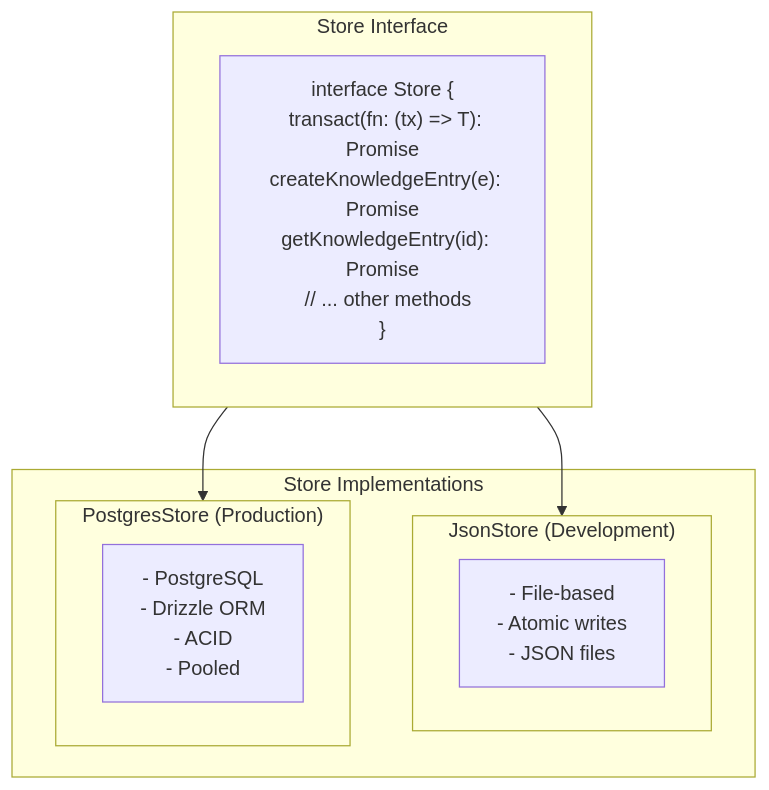
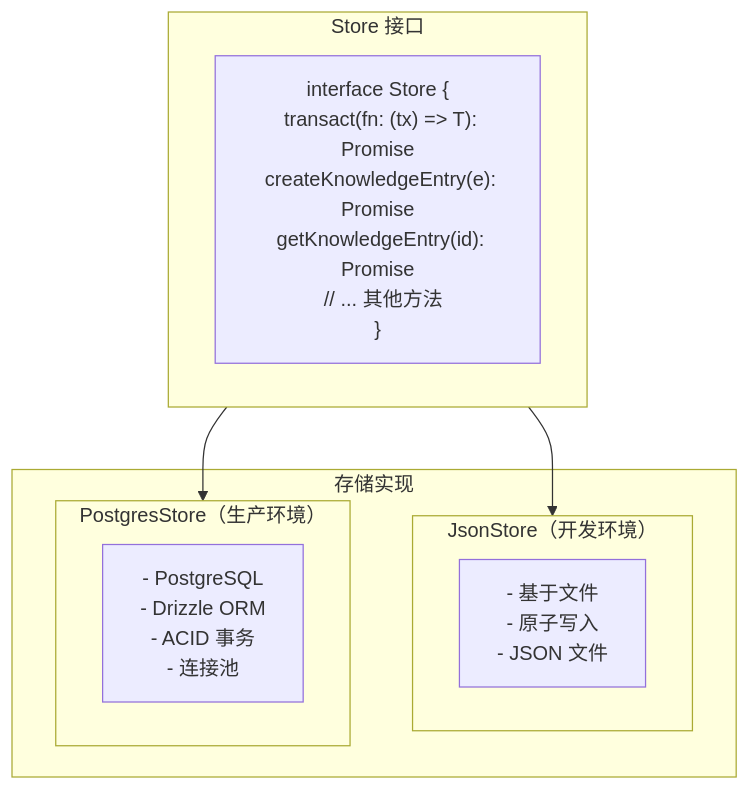
One commit to pofossette/TrapMap-for-vibing changed the first of 4 diagrams in docs/architecture/components/PERSISTENCE.md. Above: the diagram before and after it, drawn with Mermaid. The commit also changed other lines of this file and 31 other files, not shown here.

````diff
--- a/docs/architecture/components/PERSISTENCE.md
+++ b/docs/architecture/components/PERSISTENCE.md
@@ -9,19 +9,19 @@
 ```mermaid
 flowchart TB
-    subgraph Interface["Store Interface"]
-        A["interface Store {\n  transact<T>(fn: (tx) => T): Promise<T>\n  createKnowledgeEntry(e): Promise<void>\n  getKnowledgeEntry(id): Promise<Entry | null>\n  // ... other methods\n}"]
+    subgraph 存储接口["Store 接口"]
+        A["interface Store {\n  transact<T>(fn: (tx) => T): Promise<T>\n  createKnowledgeEntry(e): Promise<void>\n  getKnowledgeEntry(id): Promise<Entry | null>\n  // ... 其他方法\n}"]
     end
 
-    subgraph Implementations["Store Implementations"]
-        subgraph JsonStore["JsonStore (Development)"]
-            B1["- File-based\n- Atomic writes\n- JSON files"]
+    subgraph 存储实现["存储实现"]
+        subgraph Json存储["JsonStore（开发环境）"]
+            B1["- 基于文件\n- 原子写入\n- JSON 文件"]
         end
 
-        subgraph PostgresStore["PostgresStore (Production)"]
-            B2["- PostgreSQL\n- Drizzle ORM\n- ACID\n- Pooled"]
+        subgraph Postgres存储["PostgresStore（生产环境）"]
+            B2["- PostgreSQL\n- Drizzle ORM\n- ACID 事务\n- 连接池"]
         end
     end
 
-    Interface --> JsonStore
-    Interface --> PostgresStore
+    存储接口 --> Json存储
+    存储接口 --> Postgres存储
 ```
````
